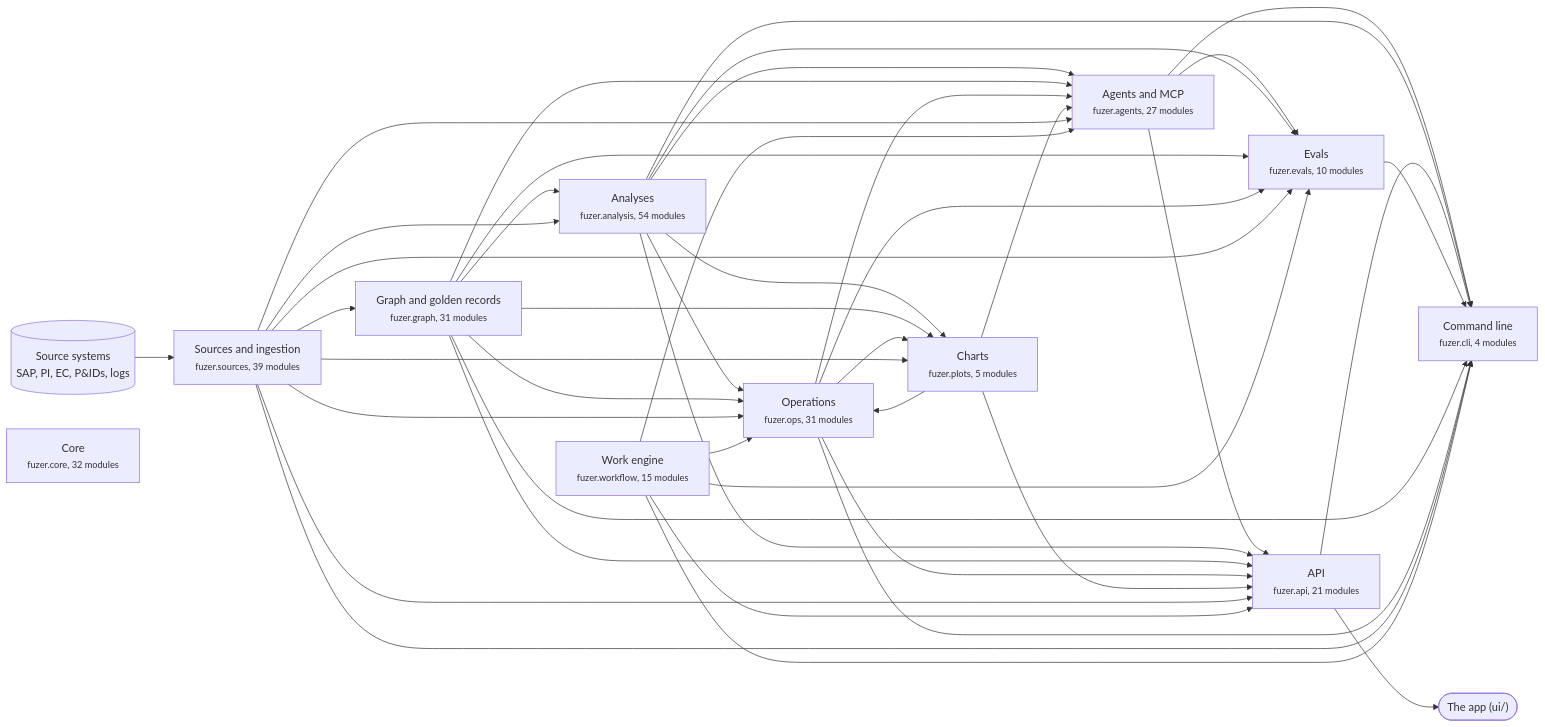
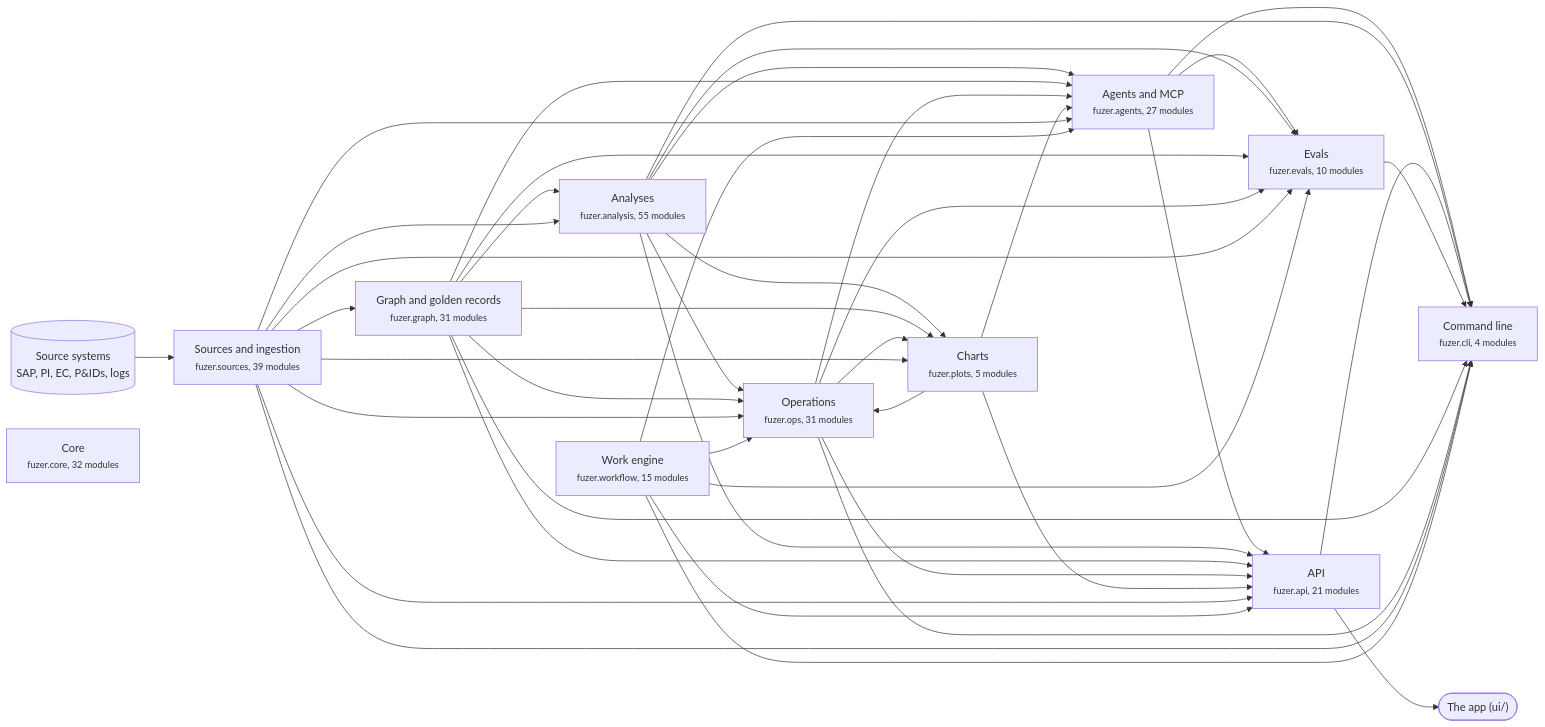
One commit to areed145/fuzer changed the first of 3 diagrams in docs/architecture.md. Above: the diagram before and after it, drawn with Mermaid. The commit also changed other lines of this file and 8 other files, not shown here.

````diff
--- a/docs/architecture.md
+++ b/docs/architecture.md
@@ -8,67 +8,67 @@
 ```mermaid
 flowchart LR
   systems[("Source systems<br>SAP, PI, EC, P&IDs, logs")] --> c_sources
   app(["The app (ui/)"])
   c_api --> app
   c_sources["Sources and ingestion<br><small>fuzer.sources, 39 modules</small>"]
   c_graph["Graph and golden records<br><small>fuzer.graph, 31 modules</small>"]
-  c_analysis["Analyses<br><small>fuzer.analysis, 54 modules</small>"]
+  c_analysis["Analyses<br><small>fuzer.analysis, 55 modules</small>"]
   c_ops["Operations<br><small>fuzer.ops, 31 modules</small>"]
   c_plots["Charts<br><small>fuzer.plots, 5 modules</small>"]
   c_workflow["Work engine<br><small>fuzer.workflow, 15 modules</small>"]
   c_agents["Agents and MCP<br><small>fuzer.agents, 27 modules</small>"]
   c_evals["Evals<br><small>fuzer.evals, 10 modules</small>"]
   c_api["API<br><small>fuzer.api, 21 modules</small>"]
   c_cli["Command line<br><small>fuzer.cli, 4 modules</small>"]
   c_core["Core<br><small>fuzer.core, 32 modules</small>"]
   c_sources --> c_graph
   c_graph --> c_analysis
   c_sources --> c_analysis
   c_analysis --> c_ops
   c_graph --> c_ops
   c_plots --> c_ops
   c_sources --> c_ops
   c_workflow --> c_ops
   c_analysis --> c_plots
   c_graph --> c_plots
   c_ops --> c_plots
   c_sources --> c_plots
   c_analysis --> c_agents
   c_graph --> c_agents
   c_ops --> c_agents
   c_plots --> c_agents
   c_sources --> c_agents
   c_workflow --> c_agents
   c_agents --> c_evals
   c_analysis --> c_evals
   c_graph --> c_evals
   c_ops --> c_evals
   c_sources --> c_evals
   c_workflow --> c_evals
   c_agents --> c_api
   c_analysis --> c_api
   c_graph --> c_api
   c_ops --> c_api
   c_plots --> c_api
   c_sources --> c_api
   c_workflow --> c_api
   c_agents --> c_cli
   c_analysis --> c_cli
   c_api --> c_cli
   c_evals --> c_cli
   c_graph --> c_cli
   c_ops --> c_cli
   c_sources --> c_cli
   c_workflow --> c_cli
   click c_sources "https://github.com/areed145/fuzer/tree/main/src/fuzer/sources"
   click c_graph "https://github.com/areed145/fuzer/tree/main/src/fuzer/graph"
   click c_analysis "https://github.com/areed145/fuzer/tree/main/src/fuzer/analysis"
   click c_ops "https://github.com/areed145/fuzer/tree/main/src/fuzer/ops"
   click c_plots "https://github.com/areed145/fuzer/tree/main/src/fuzer/plots"
   click c_workflow "https://github.com/areed145/fuzer/tree/main/src/fuzer/workflow"
   click c_agents "https://github.com/areed145/fuzer/tree/main/src/fuzer/agents"
   click c_evals "https://github.com/areed145/fuzer/tree/main/src/fuzer/evals"
   click c_api "https://github.com/areed145/fuzer/tree/main/src/fuzer/api"
   click c_cli "https://github.com/areed145/fuzer/tree/main/src/fuzer/cli"
   click c_core "https://github.com/areed145/fuzer/tree/main/src/fuzer/core"
 ```
````
